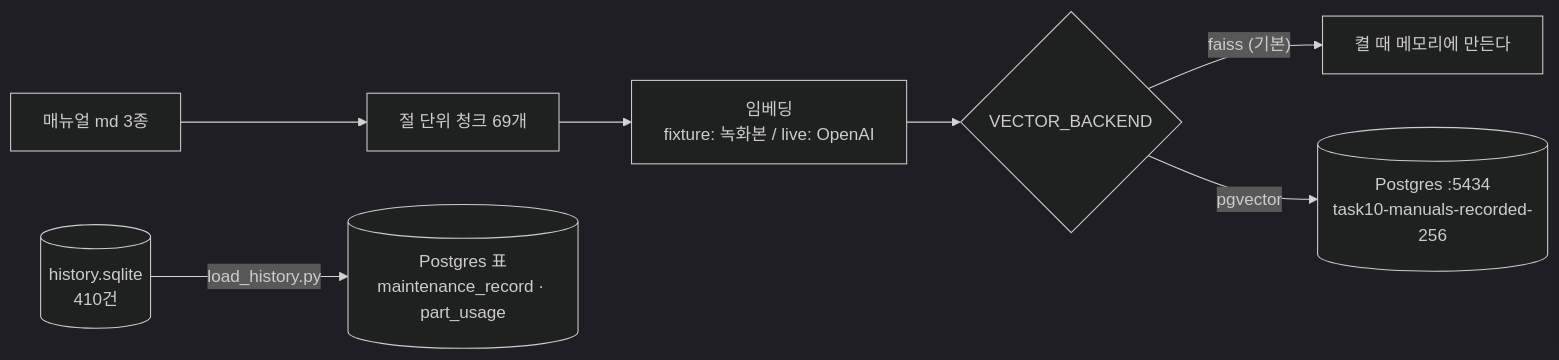
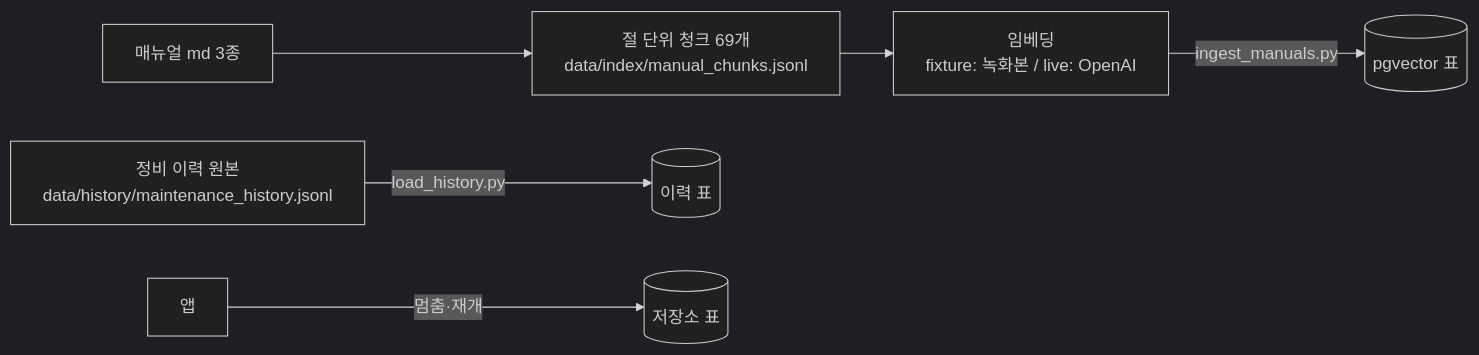
Before and after one commit to Join-su/agent-10: the second of 3 diagrams in docs/running-the-app.md, drawn with Mermaid (dark theme). The commit also changed other lines of this file and 40 other files, not shown here.

First line of the commit message:
DB 를 Postgres(pgvector) 하나로 통일한다

````diff
--- a/docs/running-the-app.md
+++ b/docs/running-the-app.md
@@ -189,9 +194,8 @@
 ```mermaid
 flowchart LR
-    MD["매뉴얼 md 3종"] --> CH["절 단위 청크 69개"]
+    MD["매뉴얼 md 3종"] --> CH["절 단위 청크 69개<br/>data/index/manual_chunks.jsonl"]
     CH --> EM["임베딩<br/>fixture: 녹화본 / live: OpenAI"]
-    EM --> C{"VECTOR_BACKEND"}
-    C -- "faiss (기본)" --> MEM["켤 때 메모리에 만든다"]
-    C -- "pgvector" --> PG[("Postgres :5434<br/>task10-manuals-recorded-256")]
-    SQ[("history.sqlite<br/>410건")] -- "load_history.py" --> PGT[("Postgres 표<br/>maintenance_record · part_usage")]
+    EM -- "ingest_manuals.py" --> V[("pgvector 표")]
+    J["정비 이력 원본<br/>data/history/maintenance_history.jsonl"] -- "load_history.py" --> H[("이력 표")]
+    APP["앱"] -- "멈춤·재개" --> C[("저장소 표")]
 ```
````
